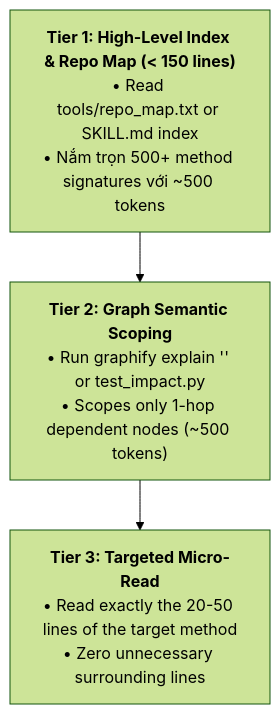
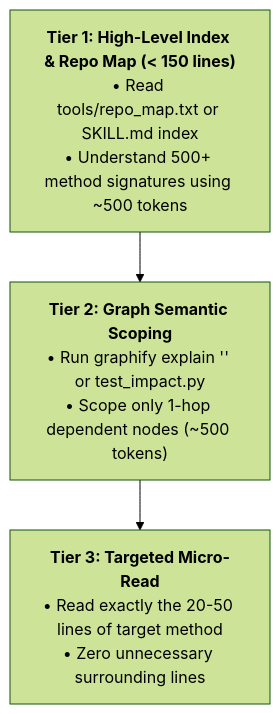
The diagram in .agents/rules/context-engineering.md (TeeVee98/Synapse-Hub), drawn with Mermaid (forest theme) before and after one commit. The commit also changed other lines of this file and 27 other files, not shown here.

````diff
--- a/.agents/rules/context-engineering.md
+++ b/.agents/rules/context-engineering.md
@@ -36,8 +36,8 @@
 ```mermaid
 flowchart TD
-    Tier1["<b>Tier 1: High-Level Index & Repo Map (< 150 lines)</b><br/>• Read tools/repo_map.txt or SKILL.md index<br/>• Nắm trọn 500+ method signatures với ~500 tokens"]
-    Tier2["<b>Tier 2: Graph Semantic Scoping</b><br/>• Run graphify explain '<Class>' or test_impact.py<br/>• Scopes only 1-hop dependent nodes (~500 tokens)"]
-    Tier3["<b>Tier 3: Targeted Micro-Read</b><br/>• Read exactly the 20-50 lines of the target method<br/>• Zero unnecessary surrounding lines"]
+    Tier1["<b>Tier 1: High-Level Index & Repo Map (< 150 lines)</b><br/>• Read tools/repo_map.txt or SKILL.md index<br/>• Understand 500+ method signatures using ~500 tokens"]
+    Tier2["<b>Tier 2: Graph Semantic Scoping</b><br/>• Run graphify explain '<Class>' or test_impact.py<br/>• Scope only 1-hop dependent nodes (~500 tokens)"]
+    Tier3["<b>Tier 3: Targeted Micro-Read</b><br/>• Read exactly the 20-50 lines of target method<br/>• Zero unnecessary surrounding lines"]
 
     Tier1 --> Tier2 --> Tier3
 ```
````
